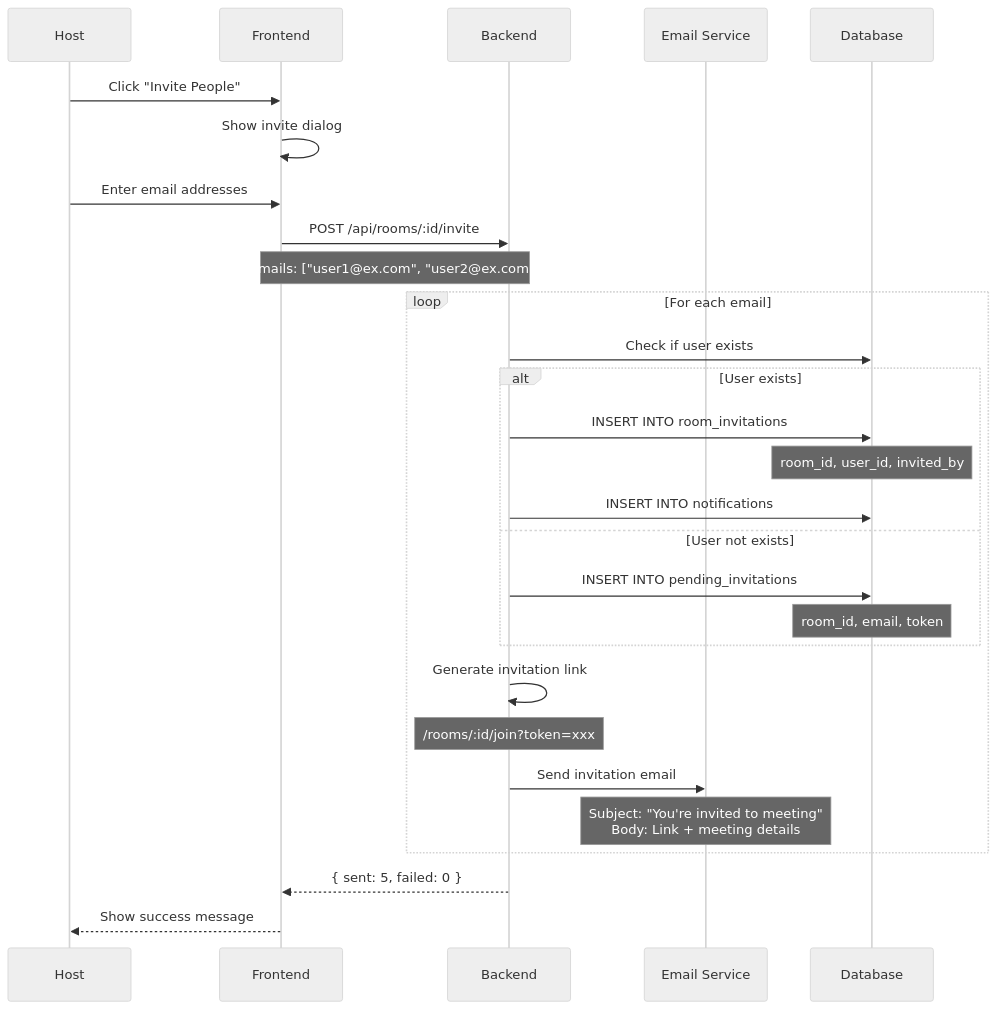
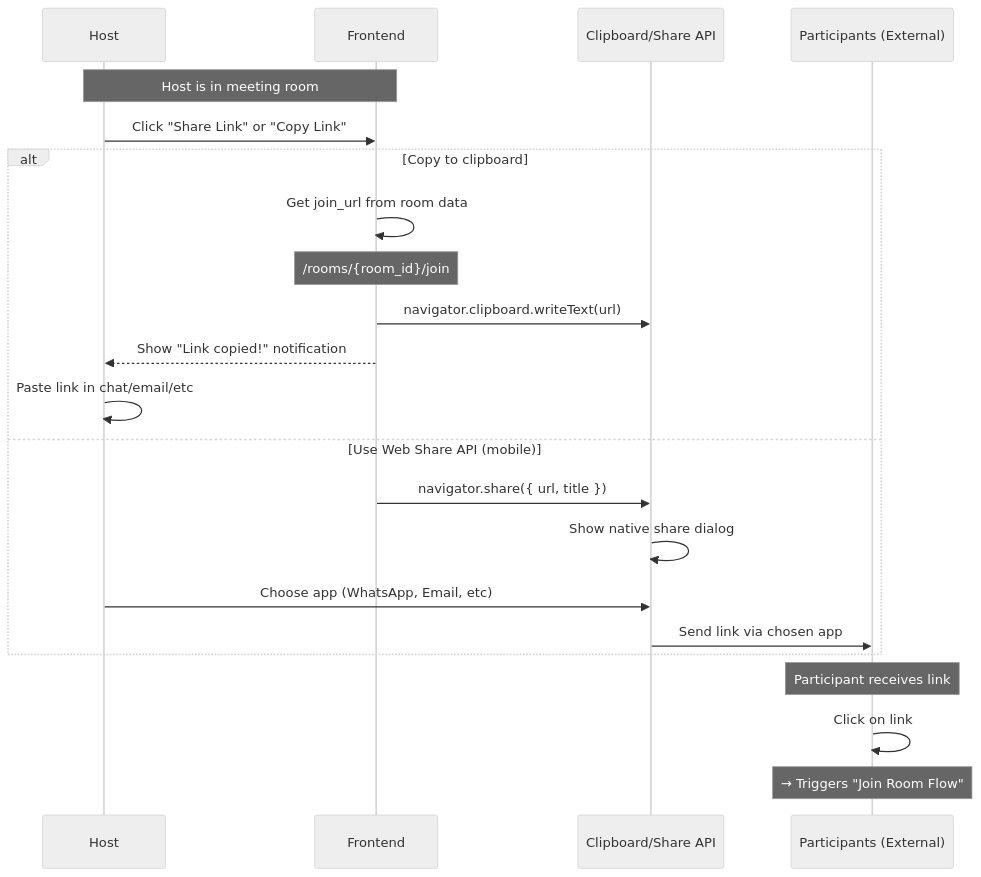
Before and after one commit to meeting-assistant-team/meeting-assistant: the fifth of 8 diagrams in docs/03-room-management-flow.md, drawn with Mermaid (neutral theme). The commit also changed other lines of this file and 5 other files, not shown here.

Commit message:
feat(room): update room management flow, swagger docs, and error handling

````diff
--- a/docs/03-room-management-flow.md
+++ b/docs/03-room-management-flow.md
@@ -217,37 +271,29 @@
 ```mermaid
 sequenceDiagram
     participant H as Host
     participant F as Frontend
-    participant B as Backend
-    participant E as Email Service
-    participant DB as Database
+    participant C as Clipboard/Share API
+    participant P as Participants (External)
     
-    H->>F: Click "Invite People"
-    F->>F: Show invite dialog
-    H->>F: Enter email addresses
+    Note over H,F: Host is in meeting room
     
-    F->>B: POST /api/rooms/:id/invite
-    Note over F,B: { emails: ["user1@ex.com", "user2@ex.com"] }
+    H->>F: Click "Share Link" or "Copy Link"
     
-    loop For each email
-        B->>DB: Check if user exists
+    alt Copy to clipboard
+        F->>F: Get join_url from room data
+        Note over F: /rooms/{room_id}/join
+        F->>C: navigator.clipboard.writeText(url)
+        F-->>H: Show "Link copied!" notification
+        H->>H: Paste link in chat/email/etc
         
-        alt User exists
-            B->>DB: INSERT INTO room_invitations
-            Note over DB: room_id, user_id, invited_by
-            B->>DB: INSERT INTO notifications
-        else User not exists
-            B->>DB: INSERT INTO pending_invitations
-            Note over DB: room_id, email, token
-        end
-        
-        B->>B: Generate invitation link
-        Note over B: /rooms/:id/join?token=xxx
-        
-        B->>E: Send invitation email
-        Note over E: Subject: "You're invited to meeting"<br/>Body: Link + meeting details
+    else Use Web Share API (mobile)
+        F->>C: navigator.share({ url, title })
+        C->>C: Show native share dialog
+        H->>C: Choose app (WhatsApp, Email, etc)
+        C->>P: Send link via chosen app
     end
     
-    B-->>F: { sent: 5, failed: 0 }
-    F-->>H: Show success message
+    Note over P: Participant receives link
+    P->>P: Click on link
+    Note over P: → Triggers "Join Room Flow"
 ```
````
